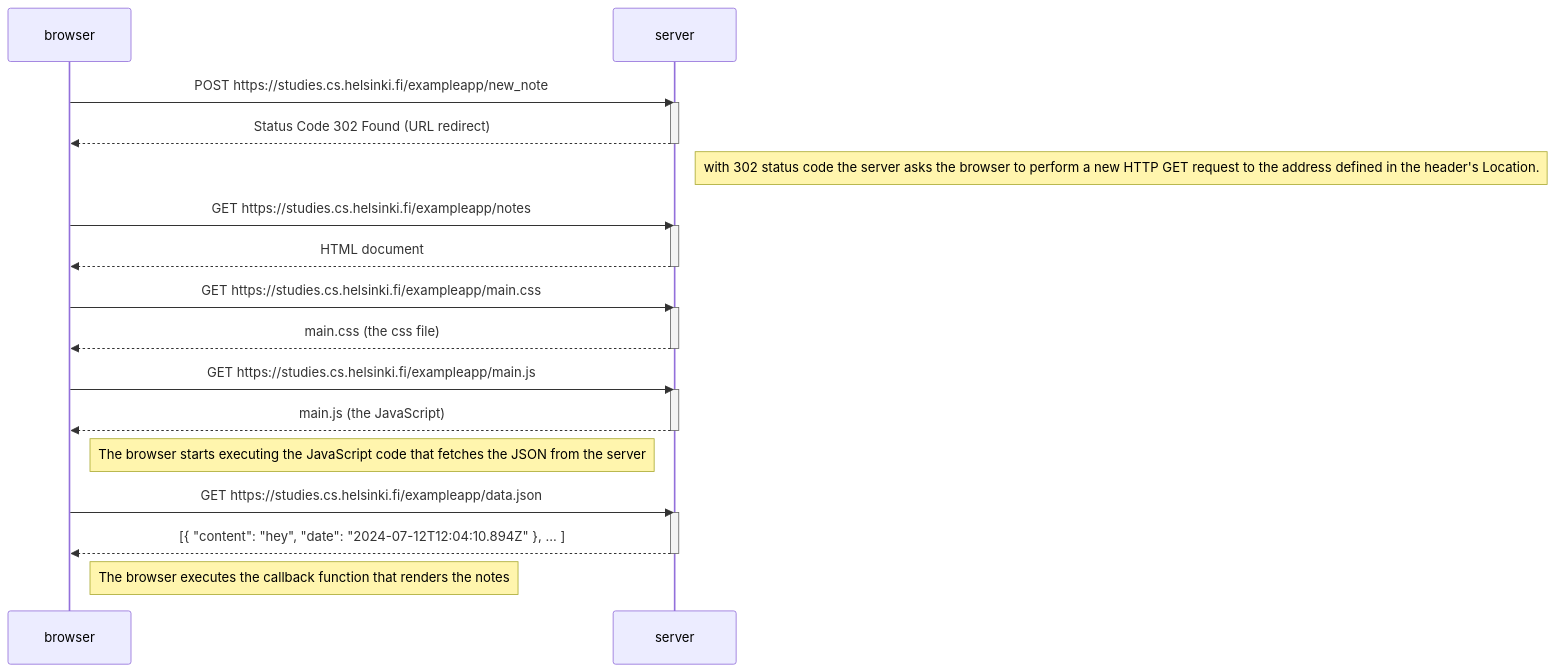
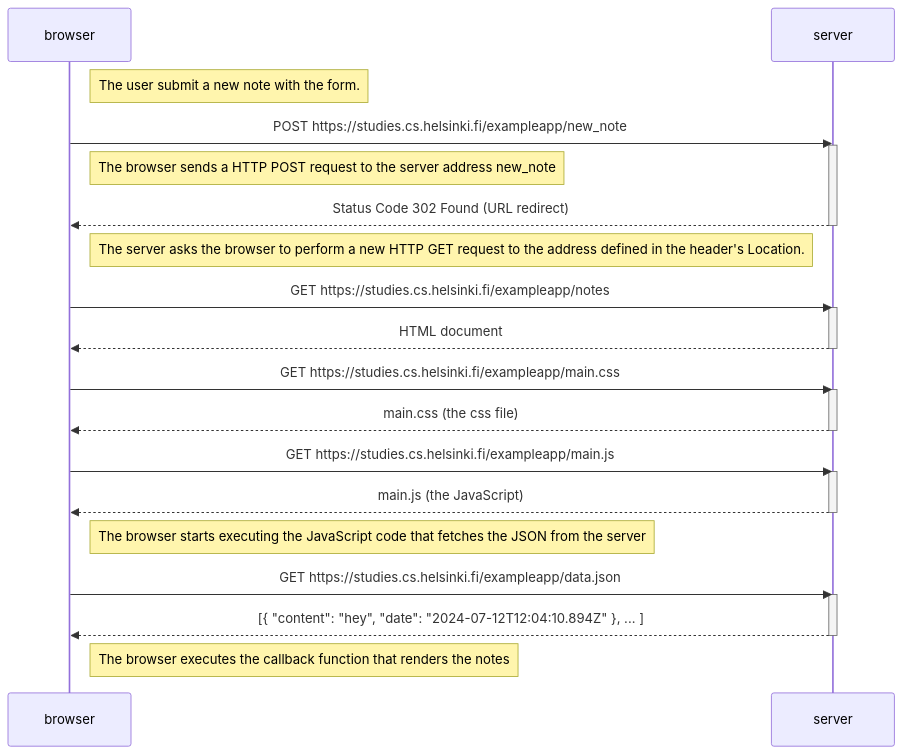
One commit to XXChen914/Part0 changed the diagram in 0.4-new-note-diagram.md. Above: the diagram before and after it, drawn with Mermaid.

````diff
--- a/0.4-new-note-diagram.md
+++ b/0.4-new-note-diagram.md
@@ -1,36 +1,41 @@
 ```mermaid
 sequenceDiagram
     participant browser
     participant server
 
+    Note right of browser: The user submit a new note with the form.
+
     browser->>server: POST https://studies.cs.helsinki.fi/exampleapp/new_note
     activate server
+
+    Note right of browser: The browser sends a HTTP POST request to the server address new_note
+
     server-->>browser: Status Code 302 Found (URL redirect)
     deactivate server
 
-    Note right of server: with 302 status code the server asks the browser to perform a new HTTP GET request to the address defined in the header's Location.
+    Note left of server: The server asks the browser to perform a new HTTP GET request to the address defined in the header's Location.
 
     browser->>server: GET https://studies.cs.helsinki.fi/exampleapp/notes
     activate server
     server-->>browser: HTML document
     deactivate server
 
     browser->>server: GET https://studies.cs.helsinki.fi/exampleapp/main.css
     activate server
     server-->>browser: main.css (the css file)
     deactivate server
 
     browser->>server: GET https://studies.cs.helsinki.fi/exampleapp/main.js
     activate server
     server-->>browser: main.js (the JavaScript)
     deactivate server
 
     Note right of browser: The browser starts executing the JavaScript code that fetches the JSON from the server
 
     browser->>server: GET https://studies.cs.helsinki.fi/exampleapp/data.json
     activate server
     server-->>browser: [{ "content": "hey", "date": "2024-07-12T12:04:10.894Z" }, ... ]
     deactivate server
 
     Note right of browser: The browser executes the callback function that renders the notes
 ```
````
